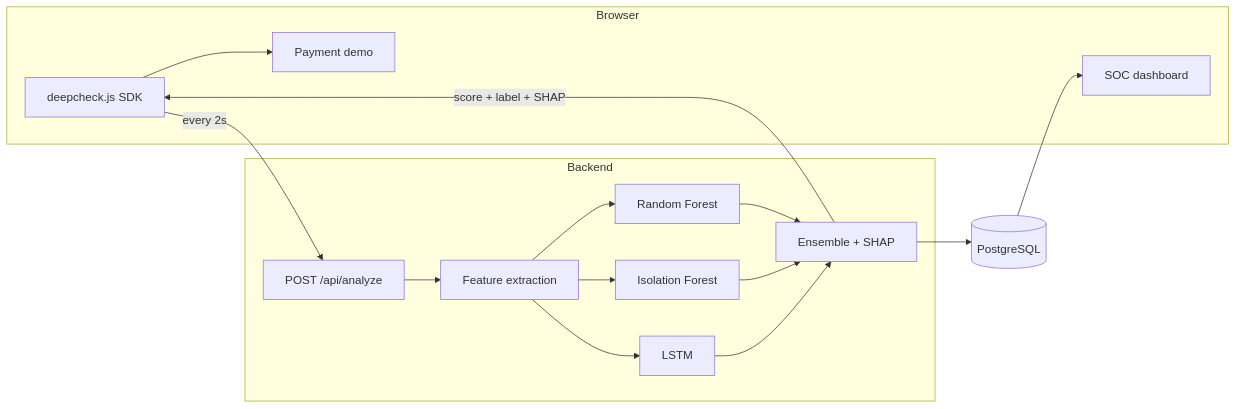
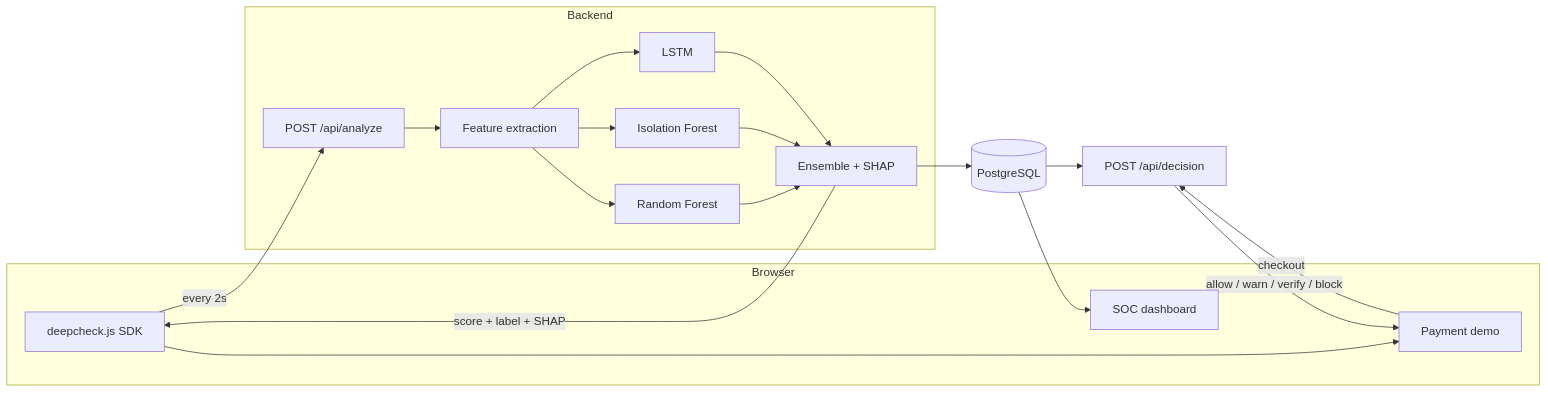
One commit to hhuseynov0707-web/deepcheck changed the diagram in README.md. Above: the diagram before and after it, drawn with Mermaid. The commit also changed other lines of this file and 26 other files, not shown here.

````diff
--- a/README.md
+++ b/README.md
@@ -34,32 +34,35 @@
 ```mermaid
 flowchart LR
     subgraph Browser
         A[deepcheck.js SDK]
         I[Payment demo]
         J[SOC dashboard]
     end
 
     subgraph Backend
         B[POST /api/analyze]
         C[Feature extraction]
         D[Random Forest]
         E[Isolation Forest]
         F[LSTM]
         G[Ensemble + SHAP]
     end
 
     H[(PostgreSQL)]
 
     A -->|every 2s| B
     B --> C
     C --> D
     C --> E
     C --> F
     D --> G
     E --> G
     F --> G
     G --> H
     G -->|score + label + SHAP| A
     A --> I
     H --> J
+    I -->|checkout| K[POST /api/decision]
+    H --> K
+    K -->|allow / warn / verify / block| I
 ```
````
